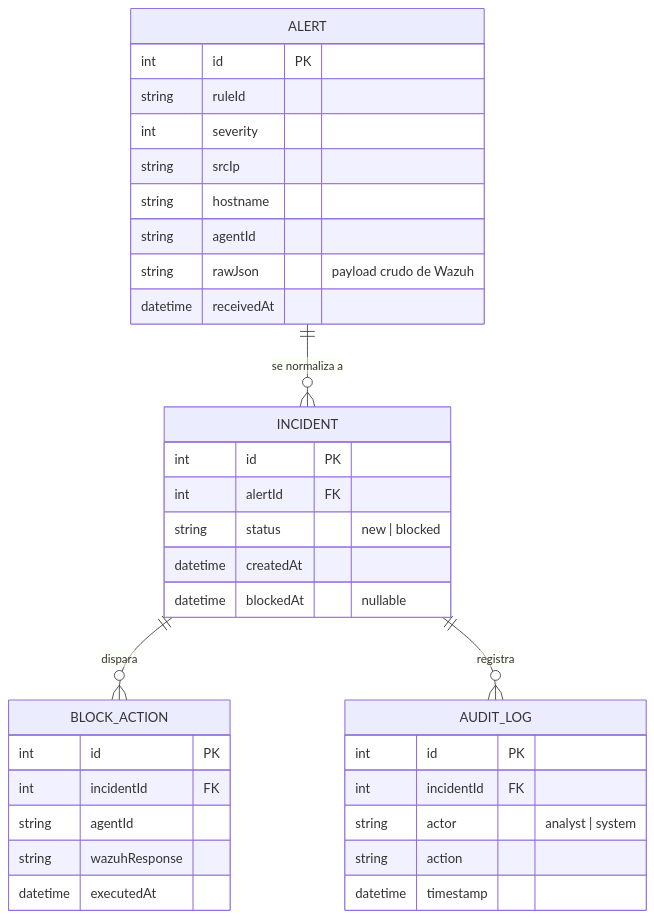
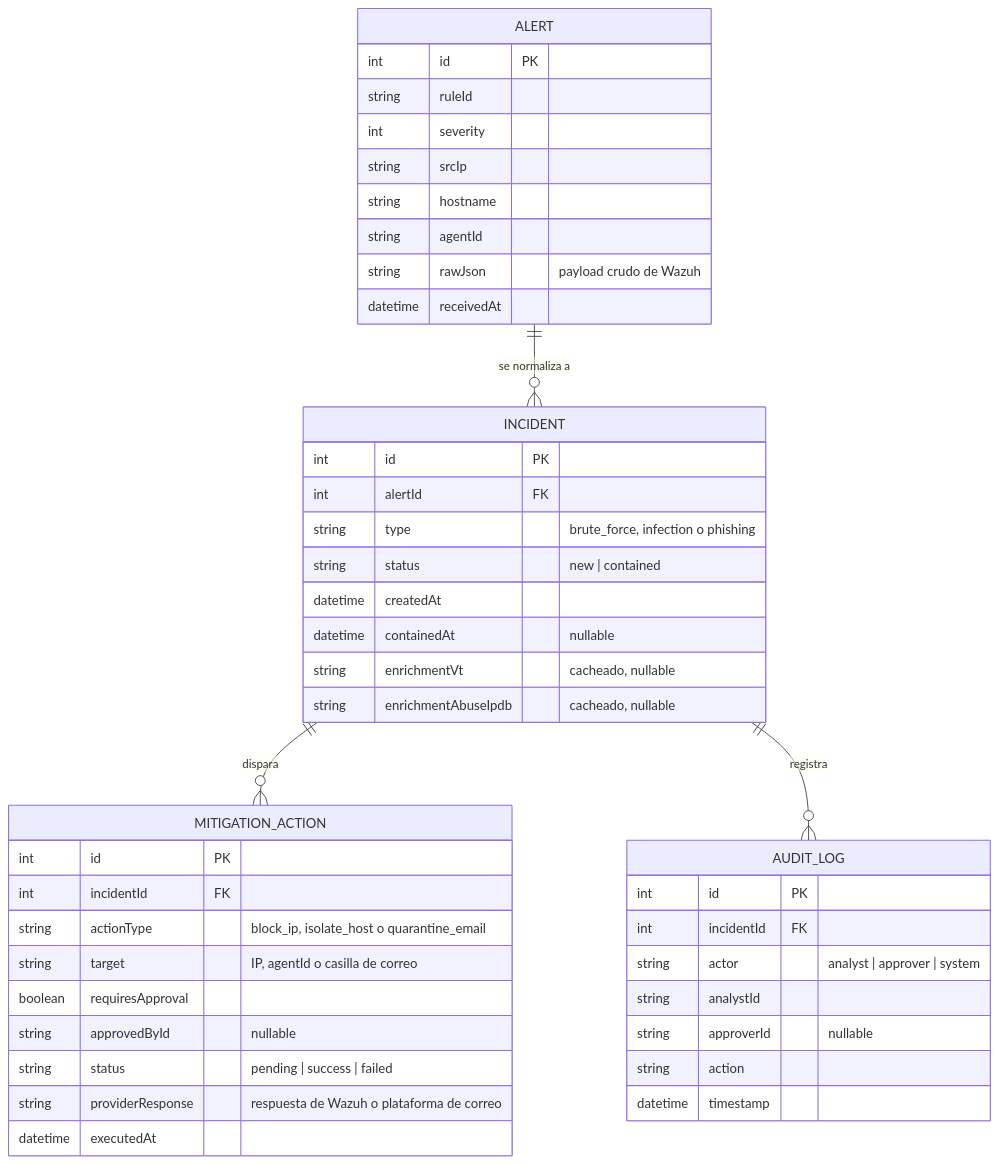
Before and after one commit to loladiaz1/PFI_Ciberseguridad: the seventh of 8 diagrams in DIAGRAMAS.md, drawn with Mermaid. The commit also changed other lines of this file and 14 other files, not shown here.

````diff
--- a/DIAGRAMAS.md
+++ b/DIAGRAMAS.md
@@ -186,41 +388,50 @@
 ```mermaid
 erDiagram
   ALERT ||--o{ INCIDENT : "se normaliza a"
-  INCIDENT ||--o{ BLOCK_ACTION : "dispara"
+  INCIDENT ||--o{ MITIGATION_ACTION : "dispara"
   INCIDENT ||--o{ AUDIT_LOG : "registra"
 
   ALERT {
     int id PK
     string ruleId
     int severity
     string srcIp
     string hostname
     string agentId
     string rawJson "payload crudo de Wazuh"
     datetime receivedAt
   }
 
   INCIDENT {
     int id PK
     int alertId FK
-    string status "new | blocked"
+    string type "brute_force, infection o phishing"
+    string status "new | contained"
     datetime createdAt
-    datetime blockedAt "nullable"
+    datetime containedAt "nullable"
+    string enrichmentVt "cacheado, nullable"
+    string enrichmentAbuseIpdb "cacheado, nullable"
   }
 
-  BLOCK_ACTION {
+  MITIGATION_ACTION {
     int id PK
     int incidentId FK
-    string agentId
-    string wazuhResponse
+    string actionType "block_ip, isolate_host o quarantine_email"
+    string target "IP, agentId o casilla de correo"
+    boolean requiresApproval
+    string approvedById "nullable"
+    string status "pending | success | failed"
+    string providerResponse "respuesta de Wazuh o plataforma de correo"
     datetime executedAt
   }
 
   AUDIT_LOG {
     int id PK
     int incidentId FK
-    string actor "analyst | system"
+    string actor "analyst | approver | system"
+    string analystId
+    string approverId "nullable"
     string action
     datetime timestamp
   }
 ```
````
